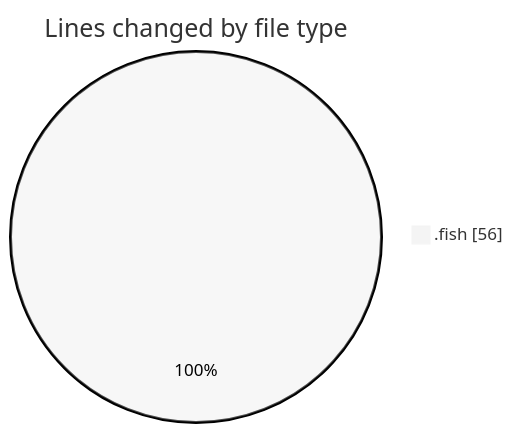
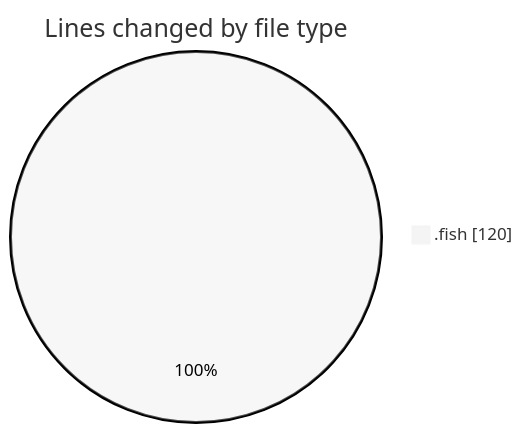
The first of 2 diagrams in 2025-08-06/fish/README.md (EIIisD/code-tracking), drawn with Mermaid (neutral theme) before and after one commit. The commit also changed other lines of this file and 1 other file, not shown here.

````diff
--- a/2025-08-06/fish/README.md
+++ b/2025-08-06/fish/README.md
@@ -20,5 +20,5 @@
 ```mermaid
 pie showData
 title Lines changed by file type
-".fish" : 56
+".fish" : 120
 ```
````
